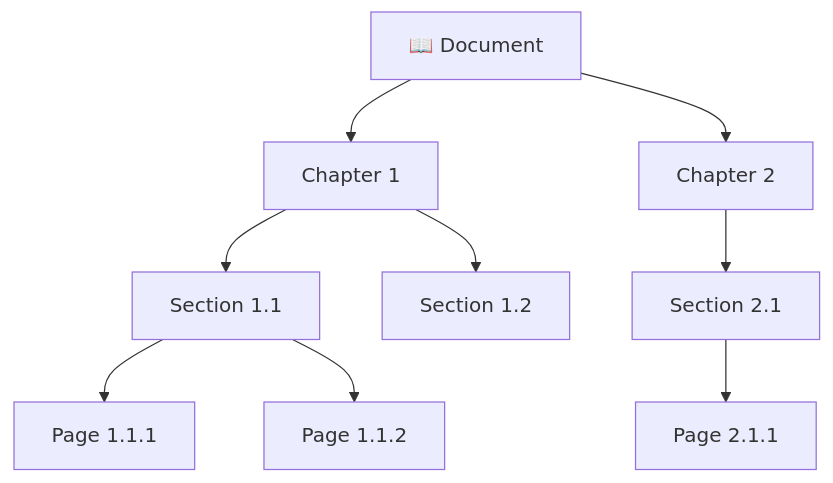
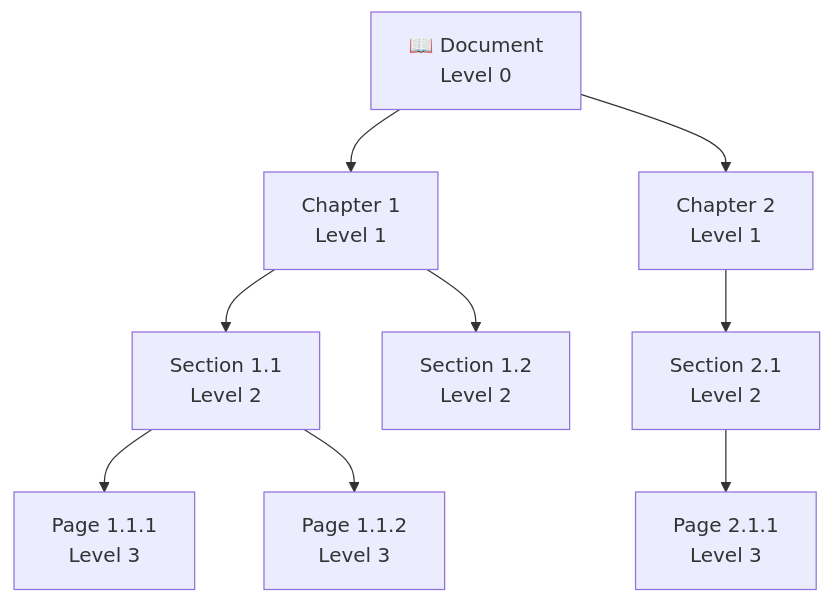
One commit to Amie-dev/FDE-and-GenAI-Mastery changed the fourth of 14 diagrams in Lecture 18 - Vectorless RAG and LLM Wiki/notes/02_vectorless_rag_tree_indexing.md. Above: the diagram before and after it, drawn with Mermaid. The commit also changed other lines of this file and 6 other files, not shown here.

````diff
--- a/Lecture 18 - Vectorless RAG and LLM Wiki/notes/02_vectorless_rag_tree_indexing.md
+++ b/Lecture 18 - Vectorless RAG and LLM Wiki/notes/02_vectorless_rag_tree_indexing.md
@@ -191,18 +257,18 @@
 ```mermaid
 flowchart TD
 
-    Root["📖 Document"]
+    Root["📖 Document<br/>Level 0"]
 
-    Root --> Ch1["Chapter 1"]
-    Root --> Ch2["Chapter 2"]
+    Root --> Ch1["Chapter 1<br/>Level 1"]
+    Root --> Ch2["Chapter 2<br/>Level 1"]
 
-    Ch1 --> Sec1_1["Section 1.1"]
-    Ch1 --> Sec1_2["Section 1.2"]
+    Ch1 --> Sec1_1["Section 1.1<br/>Level 2"]
+    Ch1 --> Sec1_2["Section 1.2<br/>Level 2"]
 
-    Sec1_1 --> Pg1_1_1["Page 1.1.1"]
-    Sec1_1 --> Pg1_1_2["Page 1.1.2"]
+    Sec1_1 --> Pg1_1_1["Page 1.1.1<br/>Level 3"]
+    Sec1_1 --> Pg1_1_2["Page 1.1.2<br/>Level 3"]
 
-    Ch2 --> Sec2_1["Section 2.1"]
+    Ch2 --> Sec2_1["Section 2.1<br/>Level 2"]
 
-    Sec2_1 --> Pg2_1_1["Page 2.1.1"]
+    Sec2_1 --> Pg2_1_1["Page 2.1.1<br/>Level 3"]
 ```
````
